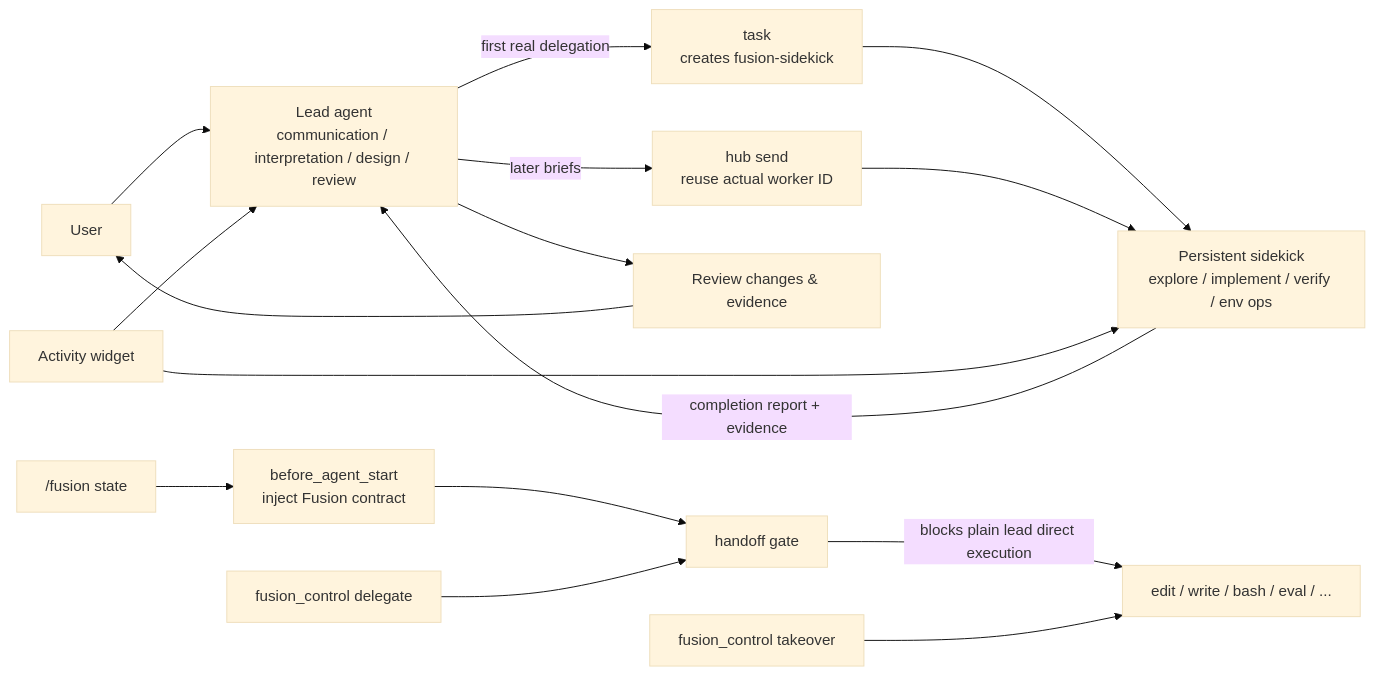
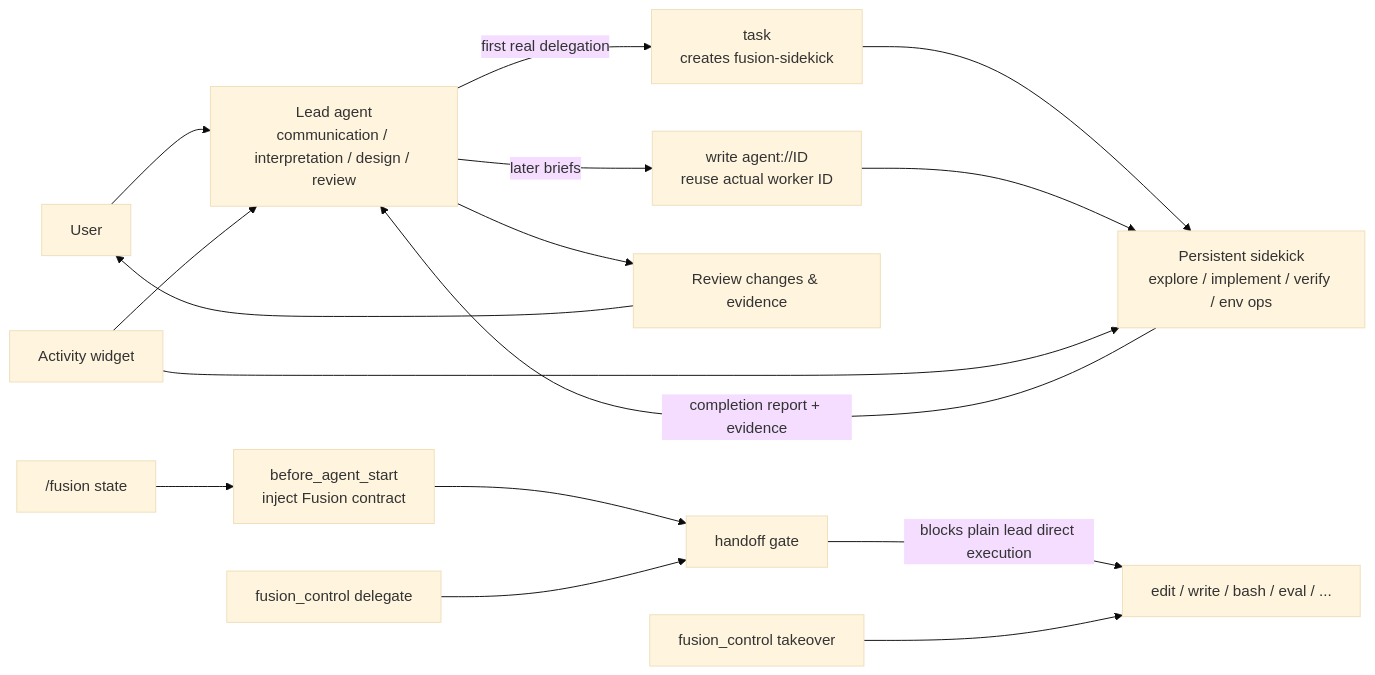
One commit to Aono255/omp-fusion changed the diagram in README.md. Above: the diagram before and after it, drawn with Mermaid (base theme). The commit also changed other lines of this file and 6 other files, not shown here.

````diff
--- a/README.md
+++ b/README.md
@@ -79,19 +79,19 @@
 ```mermaid
 flowchart LR
     U["User"] --> L["Lead agent<br/>communication / interpretation / design / review"]
     L -->|first real delegation| T["task<br/>creates fusion-sidekick"]
     T --> S["Persistent sidekick<br/>explore / implement / verify / env ops"]
-    L -->|later briefs| H["hub send<br/>reuse actual worker ID"]
+    L -->|later briefs| H["write agent://ID<br/>reuse actual worker ID"]
     H --> S
     S -->|completion report + evidence| L
     L --> R["Review changes & evidence"]
     R --> U
 
     F["/fusion state"] --> P["before_agent_start<br/>inject Fusion contract"]
     P --> G["handoff gate"]
     G -->|blocks plain lead direct execution| X["edit / write / bash / eval / ..."]
     C["fusion_control takeover"] --> X
     C2["fusion_control delegate"] --> G
     W["Activity widget"] --> L
     W --> S
 ```
````
